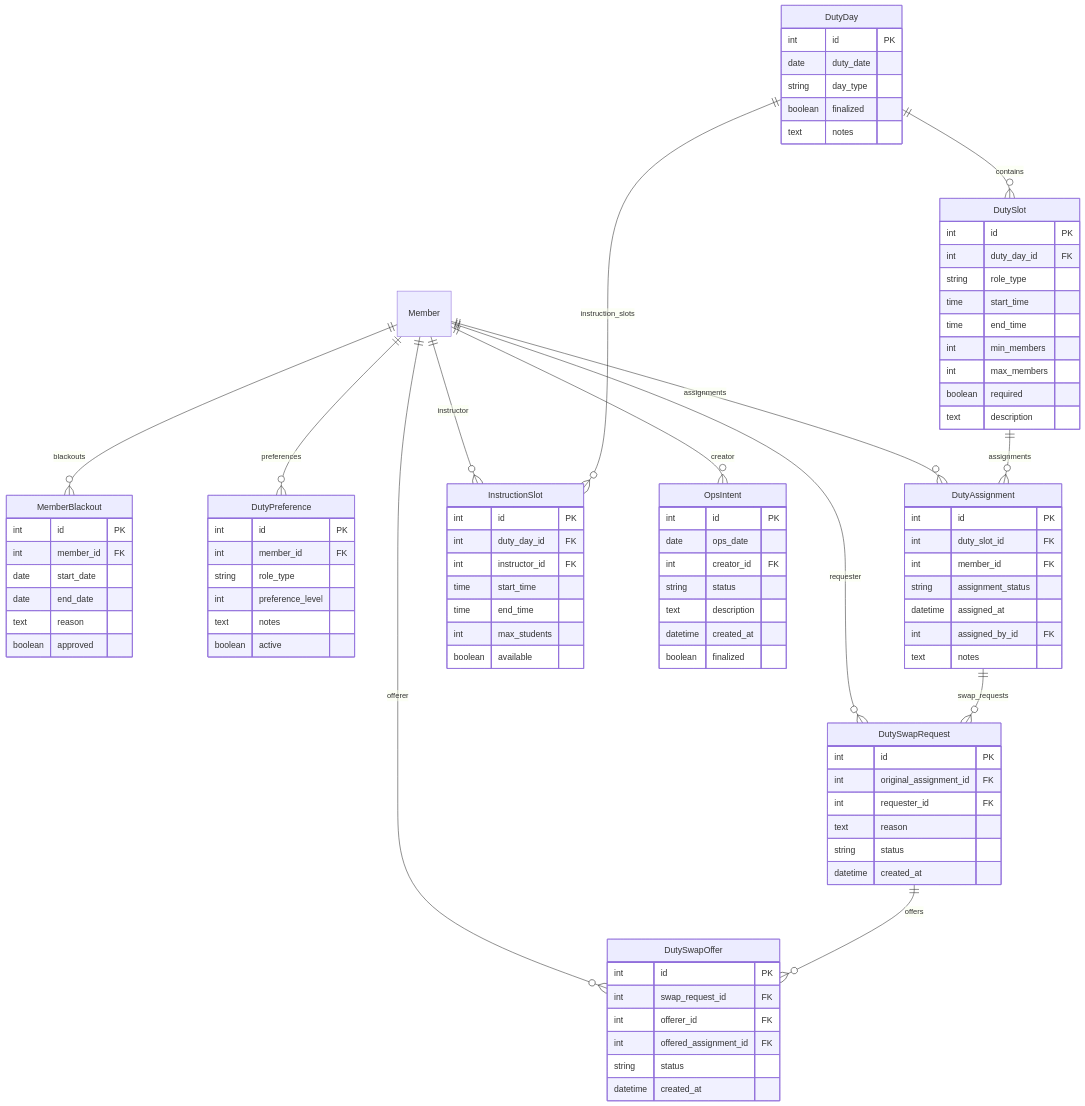
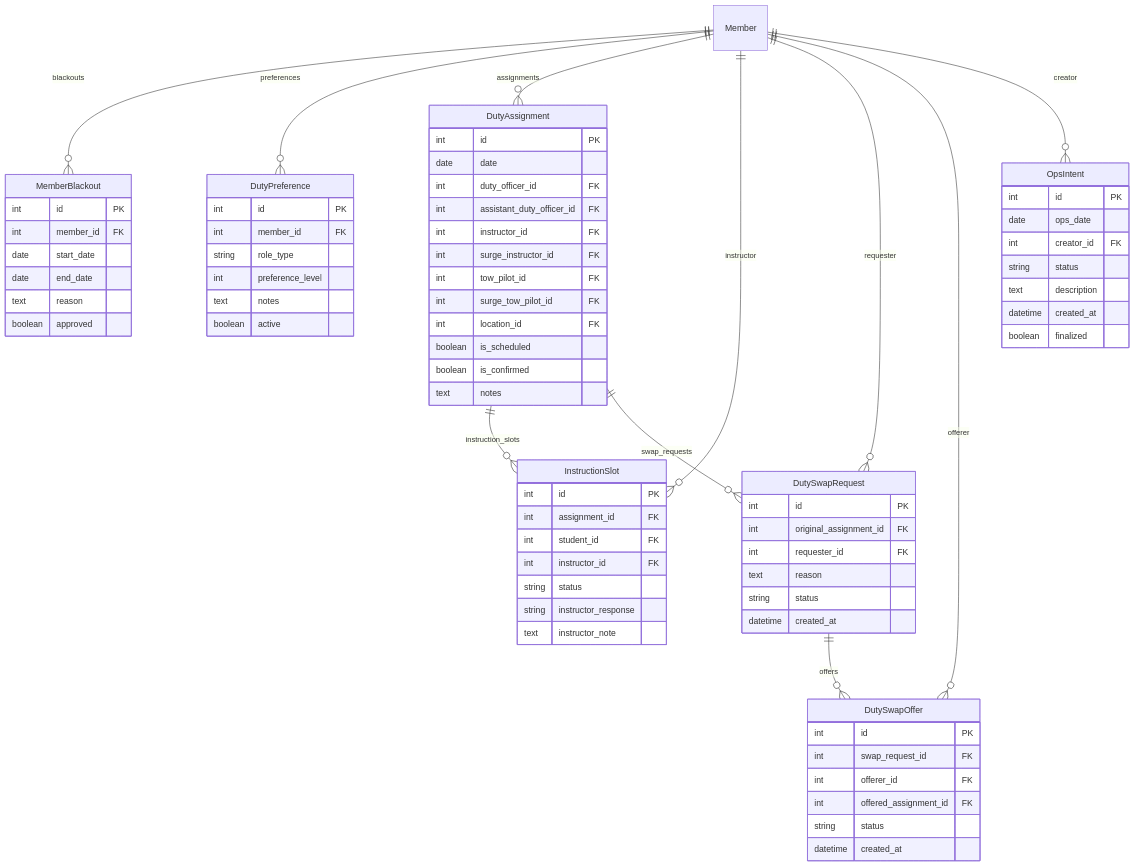
Before and after one commit to pietbarber/Manage2Soar: the diagram in duty_roster/docs/README.md, drawn with Mermaid. The commit also changed 10 other files, not shown here.

First line of the commit message:
feat: Remove deprecated DutyDay and DutySlot models (#335)

````diff
--- a/duty_roster/docs/README.md
+++ b/duty_roster/docs/README.md
@@ -13,26 +13,6 @@
     Member ||--o{ DutySwapRequest : requester
     Member ||--o{ DutySwapOffer : offerer
     Member ||--o{ OpsIntent : creator
-
-    DutyDay {
-        int id PK
-        date duty_date
-        string day_type
-        boolean finalized
-        text notes
-    }
-
-    DutySlot {
-        int id PK
-        int duty_day_id FK
-        string role_type
-        time start_time
-        time end_time
-        int min_members
-        int max_members
-        boolean required
-        text description
-    }
 
     MemberBlackout {
         int id PK
@@ -54,22 +34,27 @@
 
     DutyAssignment {
         int id PK
-        int duty_slot_id FK
-        int member_id FK
-        string assignment_status
-        datetime assigned_at
-        int assigned_by_id FK
+        date date
+        int duty_officer_id FK
+        int assistant_duty_officer_id FK
+        int instructor_id FK
+        int surge_instructor_id FK
+        int tow_pilot_id FK
+        int surge_tow_pilot_id FK
+        int location_id FK
+        boolean is_scheduled
+        boolean is_confirmed
         text notes
     }
 
     InstructionSlot {
         int id PK
-        int duty_day_id FK
+        int assignment_id FK
+        int student_id FK
         int instructor_id FK
-        time start_time
-        time end_time
-        int max_students
-        boolean available
+        string status
+        string instructor_response
+        text instructor_note
     }
 
     DutySwapRequest {
@@ -100,9 +85,7 @@
         boolean finalized
     }
 
-    DutyDay ||--o{ DutySlot : contains
-    DutyDay ||--o{ InstructionSlot : instruction_slots
-    DutySlot ||--o{ DutyAssignment : assignments
+    DutyAssignment ||--o{ InstructionSlot : instruction_slots
     DutyAssignment ||--o{ DutySwapRequest : swap_requests
     DutySwapRequest ||--o{ DutySwapOffer : offers
 ```
````
